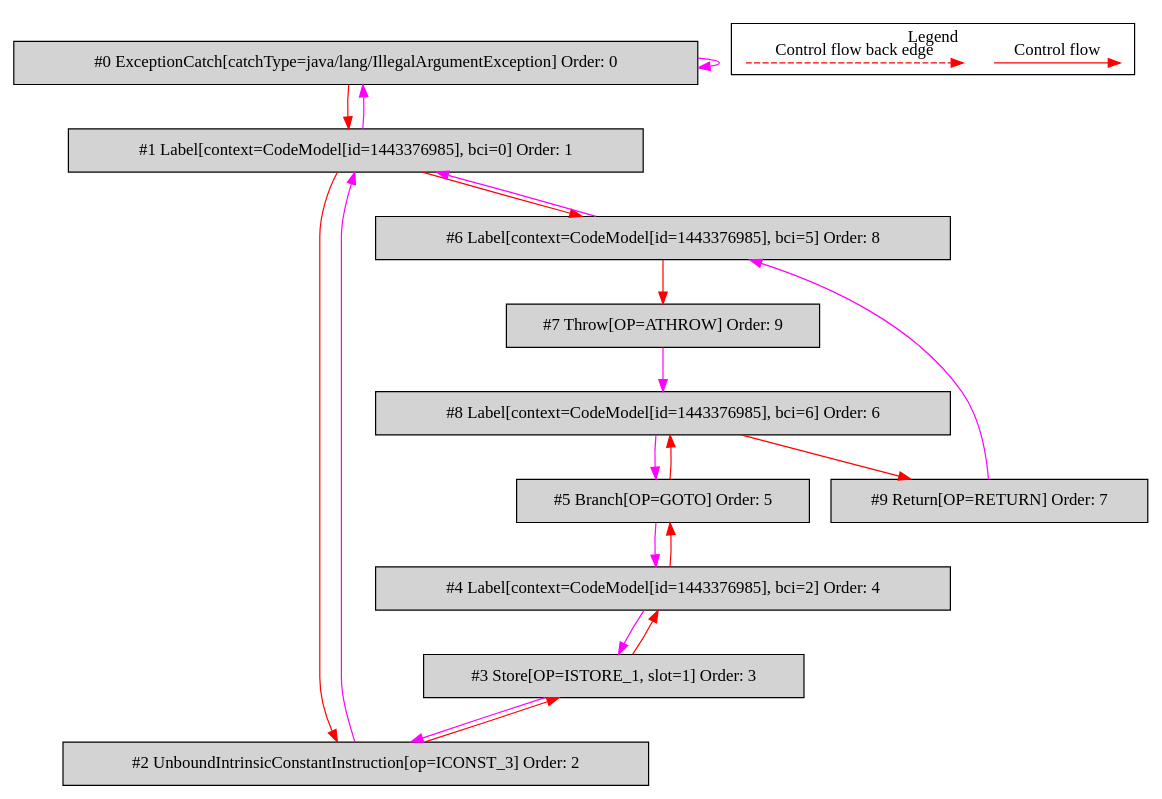
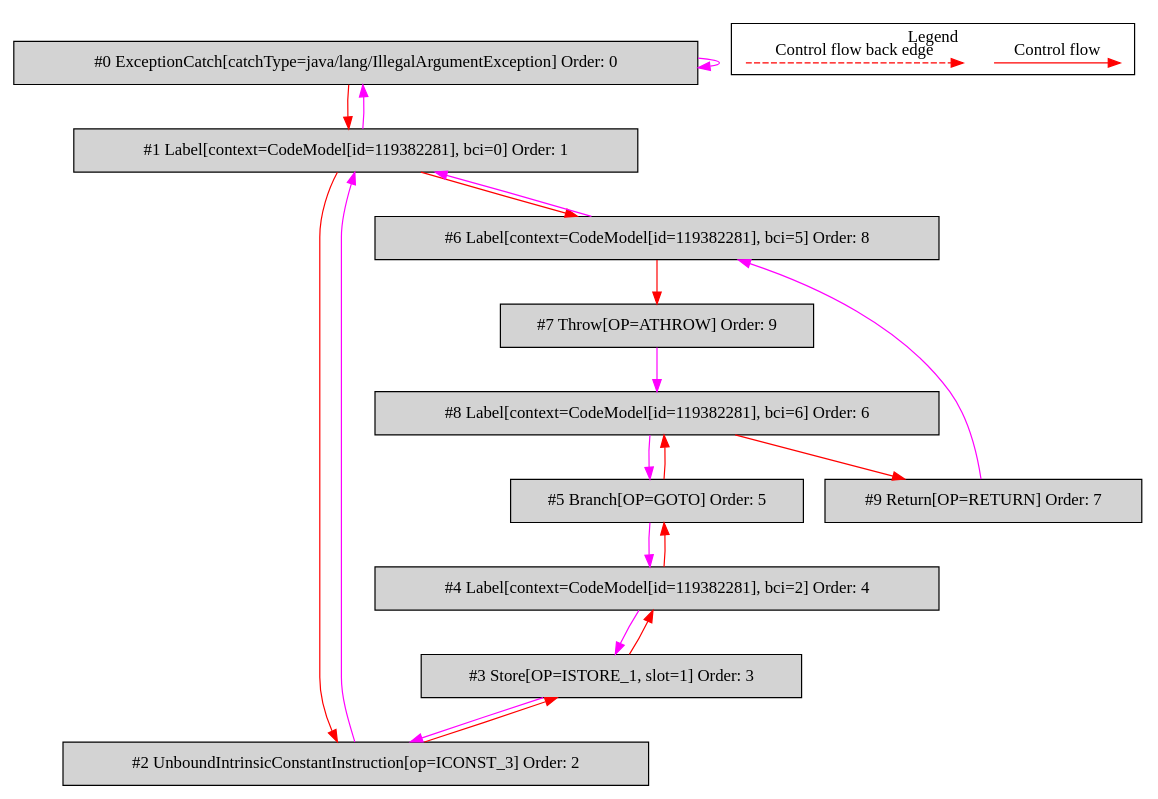
The diagram in de.mirkosertic.metair.ir.OpcodeTryCatchTest/test_SimpleCatch/bytecodecfg.dot (mirkosertic/MetaIR), drawn with Graphviz before and after one commit. The commit also changed 1206 other files, not shown here.

```diff
--- a/de.mirkosertic.metair.ir.OpcodeTryCatchTest/test_SimpleCatch/bytecodecfg.dot
+++ b/de.mirkosertic.metair.ir.OpcodeTryCatchTest/test_SimpleCatch/bytecodecfg.dot
@@ -1,46 +1,46 @@
 digraph {
  ordering="in";
  node0[label="#0 ExceptionCatch[catchType=java/lang/IllegalArgumentException] Order: 0", shape=box, fillcolor=lightgrey, style=filled];
- node1[label="#1 Label[context=CodeModel[id=1443376985], bci=0] Order: 1", shape=box, fillcolor=lightgrey, style=filled];
+ node1[label="#1 Label[context=CodeModel[id=119382281], bci=0] Order: 1", shape=box, fillcolor=lightgrey, style=filled];
  node2[label="#2 UnboundIntrinsicConstantInstruction[op=ICONST_3] Order: 2", shape=box, fillcolor=lightgrey, style=filled];
  node3[label="#3 Store[OP=ISTORE_1, slot=1] Order: 3", shape=box, fillcolor=lightgrey, style=filled];
- node4[label="#4 Label[context=CodeModel[id=1443376985], bci=2] Order: 4", shape=box, fillcolor=lightgrey, style=filled];
+ node4[label="#4 Label[context=CodeModel[id=119382281], bci=2] Order: 4", shape=box, fillcolor=lightgrey, style=filled];
  node5[label="#5 Branch[OP=GOTO] Order: 5", shape=box, fillcolor=lightgrey, style=filled];
- node6[label="#6 Label[context=CodeModel[id=1443376985], bci=5] Order: 8", shape=box, fillcolor=lightgrey, style=filled];
+ node6[label="#6 Label[context=CodeModel[id=119382281], bci=5] Order: 8", shape=box, fillcolor=lightgrey, style=filled];
  node7[label="#7 Throw[OP=ATHROW] Order: 9", shape=box, fillcolor=lightgrey, style=filled];
- node8[label="#8 Label[context=CodeModel[id=1443376985], bci=6] Order: 6", shape=box, fillcolor=lightgrey, style=filled];
+ node8[label="#8 Label[context=CodeModel[id=119382281], bci=6] Order: 6", shape=box, fillcolor=lightgrey, style=filled];
  node9[label="#9 Return[OP=RETURN] Order: 7", shape=box, fillcolor=lightgrey, style=filled];
  node0 -> node0[color=fuchsia];
  node0 -> node1[color=red];
  node1 -> node0[color=fuchsia];
  node1 -> node2[color=red];
  node2 -> node1[color=fuchsia];
  node2 -> node3[color=red];
  node3 -> node2[color=fuchsia];
  node3 -> node4[color=red];
  node4 -> node3[color=fuchsia];
  node4 -> node5[color=red];
  node5 -> node4[color=fuchsia];
  node1 -> node6[color=red];
  node6 -> node1[color=fuchsia];
  node6 -> node7[color=red];
  node7 -> node8[color=fuchsia];
  node5 -> node8[color=red];
  node8 -> node5[color=fuchsia];
  node8 -> node9[color=red];
  node9 -> node6[color=fuchsia];
  subgraph cluster_000 {
   label = "Legend";
   node [shape=point]
   {
    rank=same;
    c0 [style = invis];
    c1 [style = invis];
    c2 [style = invis];
    c3 [style = invis];
   }
   c0 -> c1 [label="Control flow", style=solid, color=red]
   c2 -> c3 [label="Control flow back edge", style=dashed, color=red]
  }
 
 }
```
